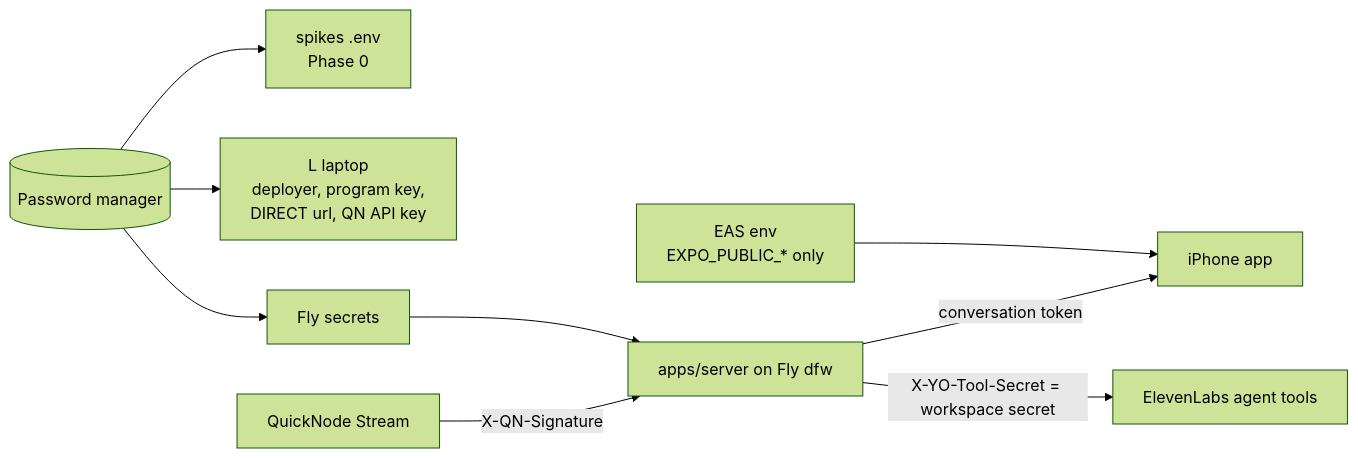
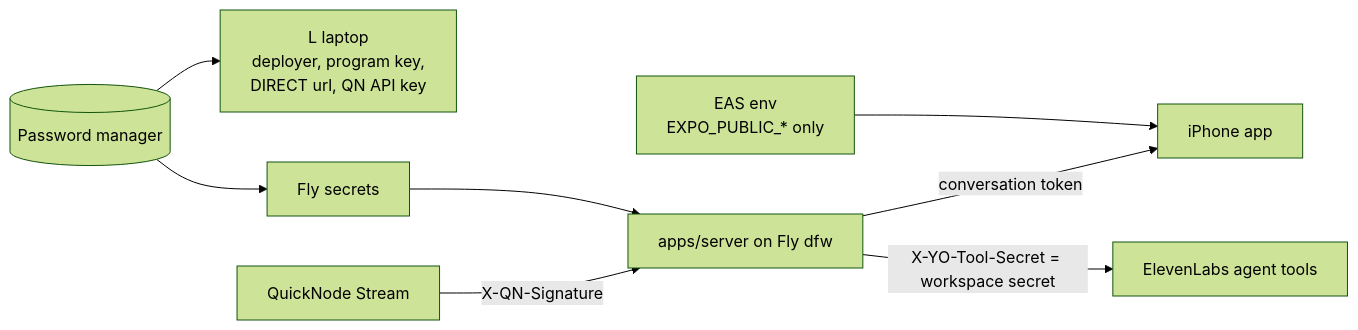
The second of 2 diagrams in docs/planning/SETUP-CHECKLIST.md (AlaricCode/YoureOn), drawn with Mermaid (forest theme) before and after one commit. The commit also changed other lines of this file and 91 other files, not shown here.

````diff
--- a/docs/planning/SETUP-CHECKLIST.md
+++ b/docs/planning/SETUP-CHECKLIST.md
@@ -424,11 +408,10 @@
 ```mermaid
 flowchart LR
-  PM[(Password manager)] --> SPK[spikes .env<br/>Phase 0]
-  PM --> LAP[L laptop<br/>deployer, program key,<br/>DIRECT url, QN API key]
+  PM[(Password manager)] --> LAP[L laptop<br/>deployer, program key,<br/>DIRECT url, QN API key]
   PM --> FLY[Fly secrets]
   FLY --> SRV[apps/server on Fly dfw]
   EAS[EAS env<br/>EXPO_PUBLIC_* only] --> APP[iPhone app]
   SRV -->|conversation token| APP
   SRV -->|"X-YO-Tool-Secret = workspace secret"| EL[ElevenLabs agent tools]
   QN[QuickNode Stream] -->|"X-QN-Signature"| SRV
 ```
````
